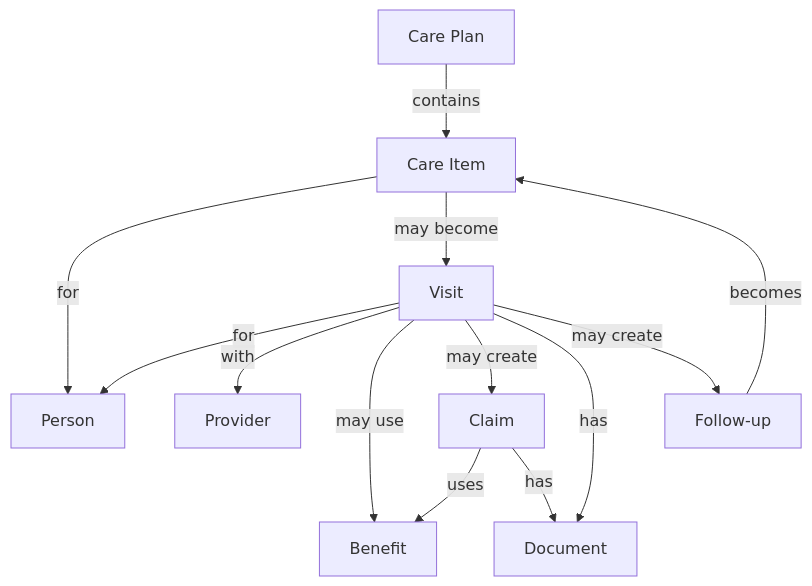
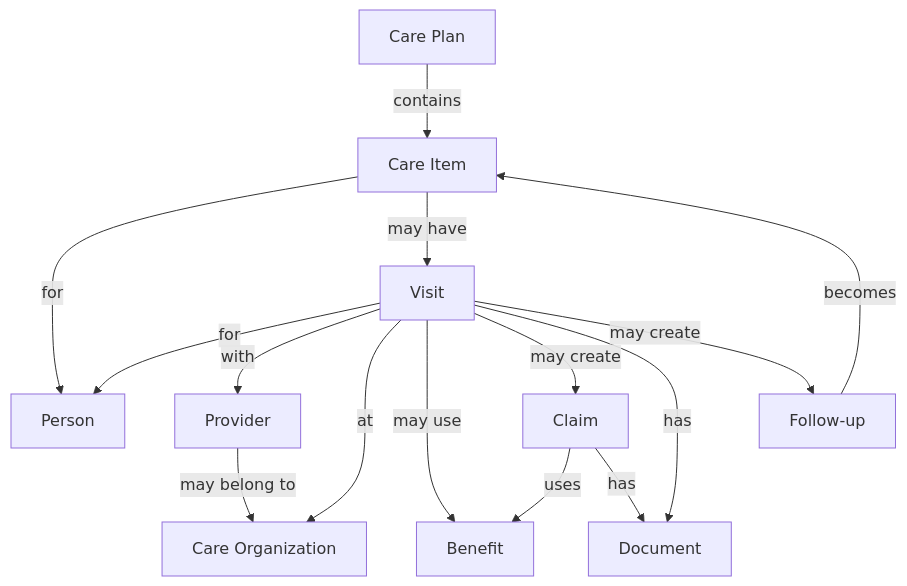
The first of 6 diagrams in docs/DOMAIN.md (yourtoolshq/everyday), drawn with Mermaid before and after one commit. The commit also changed other lines of this file and 27 other files, not shown here.

Commit message:
Add visit-based care progress and provider management

````diff
--- a/docs/DOMAIN.md
+++ b/docs/DOMAIN.md
@@ -18,34 +18,37 @@
 ```mermaid
 flowchart TD
     Person[Person]
 
     CarePlan[Care Plan]
     CareItem[Care Item]
 
     Visit[Visit]
     Provider[Provider]
+    CareOrganization[Care Organization]
 
     Benefit[Benefit]
     Claim[Claim]
 
     Document[Document]
     FollowUp[Follow-up]
 
     CarePlan -->|contains| CareItem
     CareItem -->|for| Person
 
-    CareItem -->|may become| Visit
+    CareItem -->|may have| Visit
 
     Visit -->|for| Person
     Visit -->|with| Provider
+    Visit -->|at| CareOrganization
+    Provider -->|may belong to| CareOrganization
 
     Visit -->|may use| Benefit
     Visit -->|may create| Claim
     Claim -->|uses| Benefit
 
     Visit -->|has| Document
     Claim -->|has| Document
 
     Visit -->|may create| FollowUp
     FollowUp -->|becomes| CareItem
 ```
````
